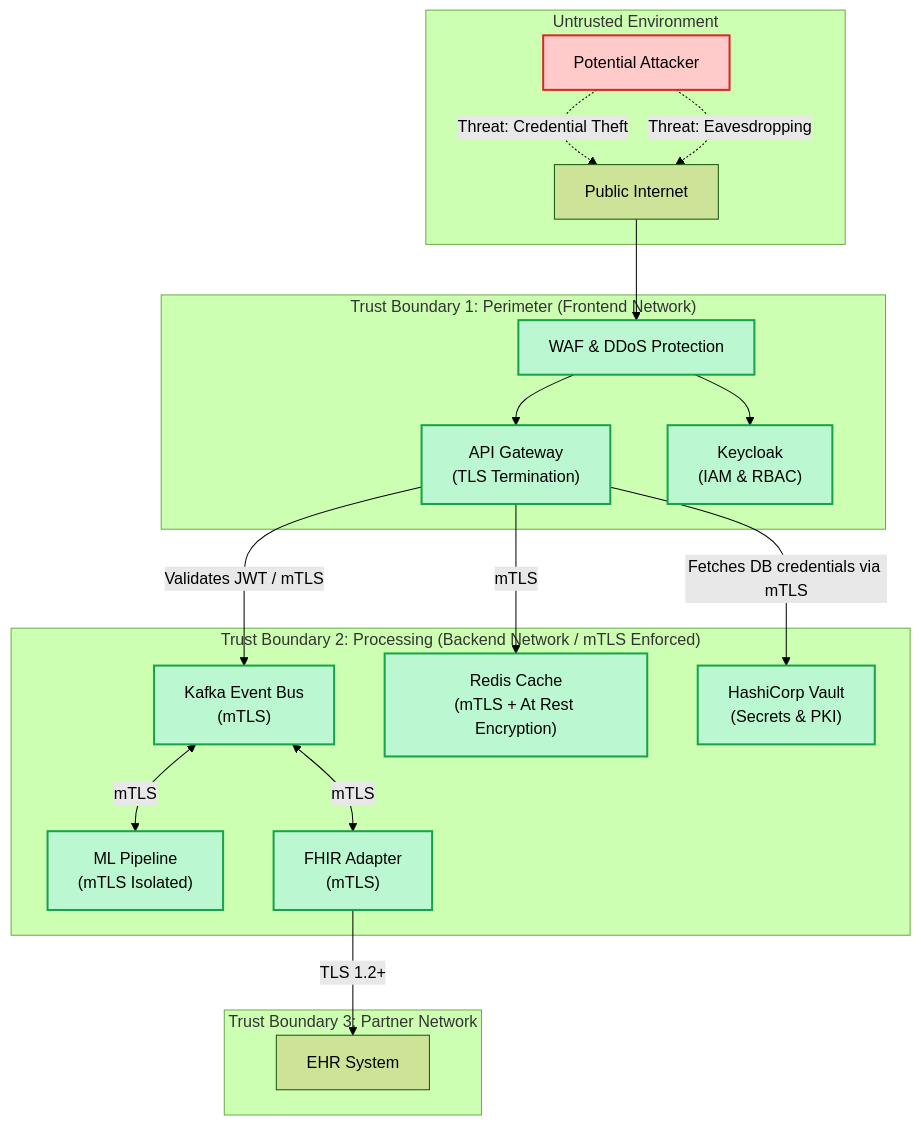
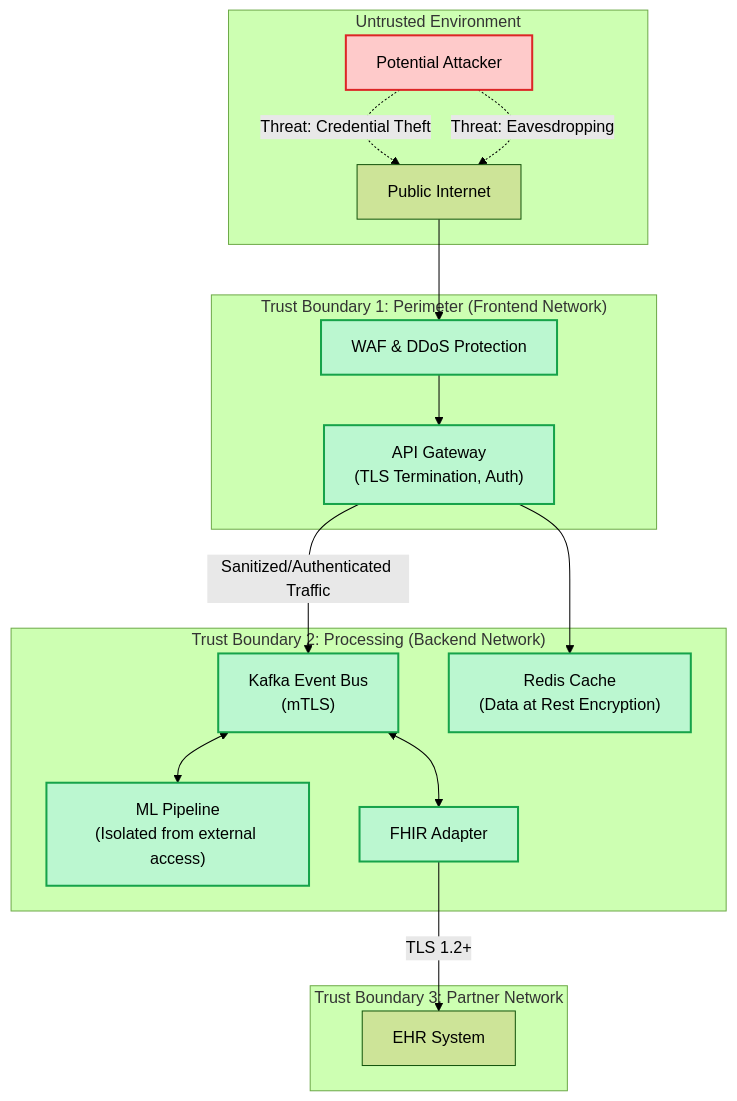
Before and after one commit to Nikhiluuuuuuuuu/Kraionyx-Project-001: the first of 3 diagrams in docs/security.md, drawn with Mermaid (forest theme). The commit also changed other lines of this file and 5 other files, not shown here.

````diff
--- a/docs/security.md
+++ b/docs/security.md
@@ -13,43 +13,39 @@
 ```mermaid
 graph TD
     subgraph "Untrusted Environment"
         Internet["Public Internet"]
         Attacker["Potential Attacker"]
     end
 
     subgraph "Trust Boundary 1: Perimeter (Frontend Network)"
         WAF["WAF & DDoS Protection"]
-        API["API Gateway<br/>(TLS Termination)"]
-        Keycloak["Keycloak<br/>(IAM & RBAC)"]
+        API["API Gateway<br/>(TLS Termination, Auth)"]
     end
 
-    subgraph "Trust Boundary 2: Processing (Backend Network / mTLS Enforced)"
+    subgraph "Trust Boundary 2: Processing (Backend Network)"
         Kafka["Kafka Event Bus<br/>(mTLS)"]
-        Redis["Redis Cache<br/>(mTLS + At Rest Encryption)"]
-        ML["ML Pipeline<br/>(mTLS Isolated)"]
-        FHIR["FHIR Adapter<br/>(mTLS)"]
-        Vault["HashiCorp Vault<br/>(Secrets & PKI)"]
+        Redis["Redis Cache<br/>(Data at Rest Encryption)"]
+        ML["ML Pipeline<br/>(Isolated from external access)"]
+        FHIR["FHIR Adapter"]
     end
     
     subgraph "Trust Boundary 3: Partner Network"
         EHR["EHR System"]
     end
 
     Internet --> WAF
     Attacker -.-> |"Threat: Credential Theft"| Internet
     Attacker -.-> |"Threat: Eavesdropping"| Internet
     WAF --> API
-    WAF --> Keycloak
-    API --> |"Validates JWT / mTLS"| Kafka
-    API --> |"mTLS"| Redis
-    API --> |"Fetches DB credentials via mTLS"| Vault
-    Kafka <--> |"mTLS"| ML
-    Kafka <--> |"mTLS"| FHIR
+    API --> |"Sanitized/Authenticated Traffic"| Kafka
+    API --> Redis
+    Kafka <--> ML
+    Kafka <--> FHIR
     FHIR --> |"TLS 1.2+"| EHR
     
     classDef threat fill:#fecaca,stroke:#dc2626,stroke-width:2px;
     classDef secure fill:#bbf7d0,stroke:#16a34a,stroke-width:2px;
     
     class Attacker threat;
-    class WAF,API,Kafka,Redis,ML,FHIR,Vault,Keycloak secure;
+    class WAF,API,Kafka,Redis,ML,FHIR secure;
 ```
````
